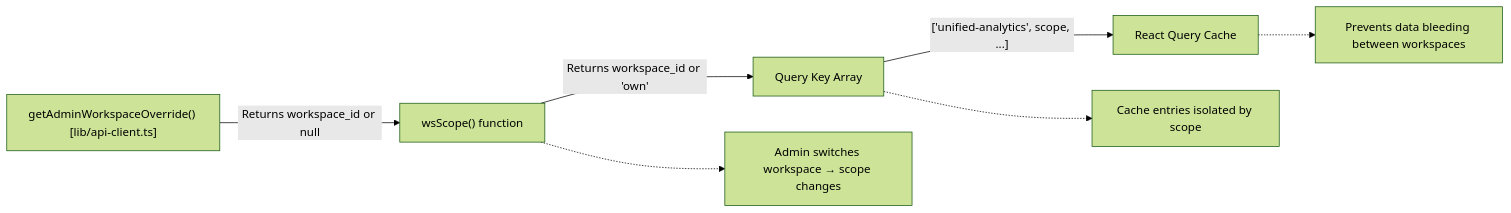
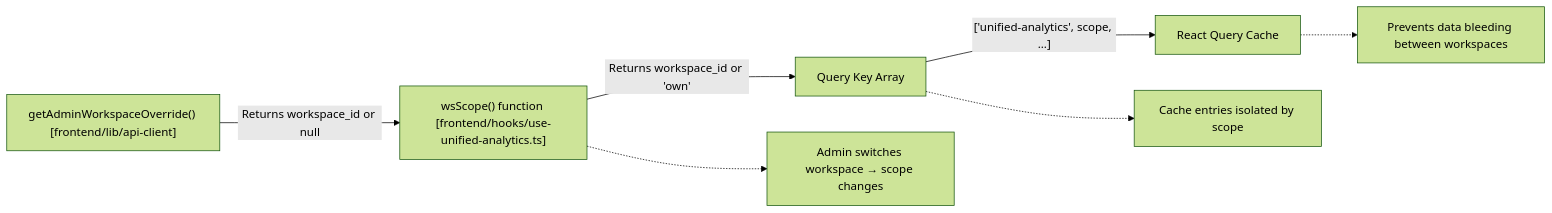
Before and after one commit to AutomatosAI/automatos-ai: the second of 2 diagrams in docs/analytics-monitoring/analytics-architecture.md, drawn with Mermaid (forest theme). The commit also changed other lines of this file and 153 other files, not shown here.

````diff
--- a/docs/analytics-monitoring/analytics-architecture.md
+++ b/docs/analytics-monitoring/analytics-architecture.md
@@ -116,19 +120,19 @@
 ```mermaid
 graph LR
-    AdminOverride["getAdminWorkspaceOverride() [lib/api-client.ts]"]
-    wsScope["wsScope() function"]
+    AdminOverride["getAdminWorkspaceOverride() [frontend/lib/api-client]"]
+    wsScope["wsScope() function [frontend/hooks/use-unified-analytics.ts]"]
     QueryKey["Query Key Array"]
     ReactQuery["React Query Cache"]
     
     AdminOverride -->|"Returns workspace_id or null"| wsScope
     wsScope -->|"Returns workspace_id or 'own'"| QueryKey
     QueryKey -->|"['unified-analytics', scope, ...]"| ReactQuery
     
     Insight1["Admin switches workspace → scope changes"]
     Insight2["Cache entries isolated by scope"]
     Insight3["Prevents data bleeding between workspaces"]
     
     wsScope -.-> Insight1
     QueryKey -.-> Insight2
     ReactQuery -.-> Insight3
 ```
````
